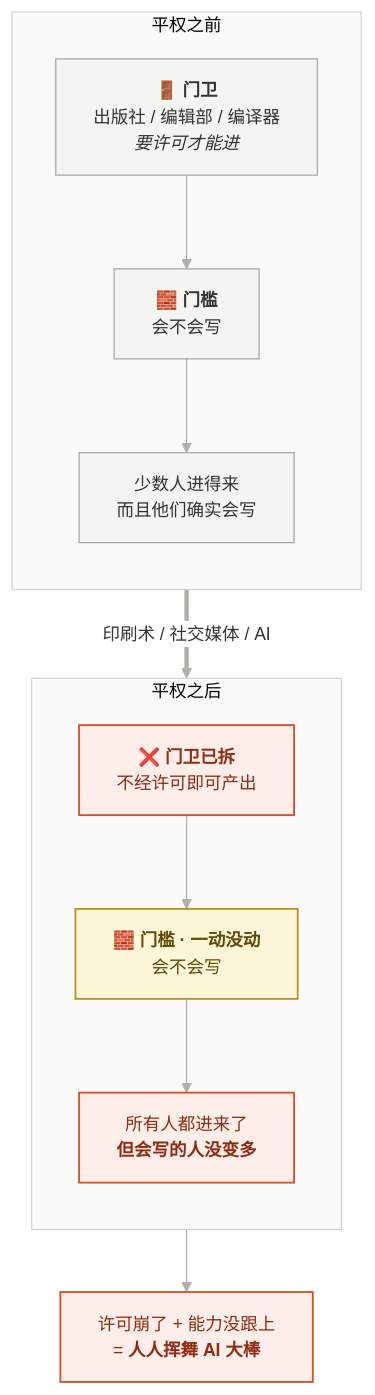
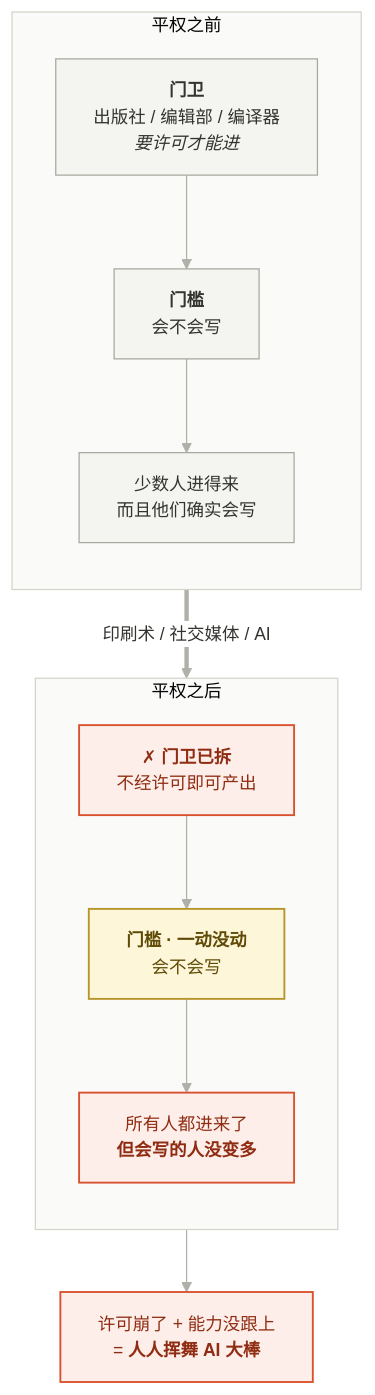
Before and after one commit to kibenwu/kibenwu.github.io: the third of 20 diagrams in _posts/2026-09-17-ai-era-where-to-go.md, drawn with Mermaid. The commit also changed other lines of this file and 2 other files, not shown here.

First line of the commit message:
posts: 去掉彩色 emoji 图标，修掉三张 quadrantChart 的语法报错

````diff
--- a/_posts/2026-09-17-ai-era-where-to-go.md
+++ b/_posts/2026-09-17-ai-era-where-to-go.md
@@ -123,30 +123,30 @@
 ```mermaid
 %%{init:{"theme":"base","themeVariables":{"background":"#ffffff","primaryColor":"#f4f4f1","primaryBorderColor":"#a8a8a0","primaryTextColor":"#33332f","secondaryColor":"#fbfbf9","tertiaryColor":"#fbfbf9","lineColor":"#b0b0a8","textColor":"#33332f","edgeLabelBackground":"#ffffff","clusterBkg":"#fafaf8","clusterBorder":"#d4d4cc","fontFamily":"-apple-system,Segoe UI,Microsoft YaHei,sans-serif","fontSize":"14px"}}}%%
 flowchart TB
     subgraph BEFORE["平权之前"]
         direction TB
-        G1["🚪 <b>门卫</b><br/>出版社 / 编辑部 / 编译器<br/><i>要许可才能进</i>"]
-        T1["🧱 <b>门槛</b><br/>会不会写"]
+        G1["<b>门卫</b><br/>出版社 / 编辑部 / 编译器<br/><i>要许可才能进</i>"]
+        T1["<b>门槛</b><br/>会不会写"]
         O1["少数人进得来<br/>而且他们确实会写"]
         G1 --> T1 --> O1
     end
 
     subgraph AFTER["平权之后"]
         direction TB
-        G2["❌ <b>门卫已拆</b><br/>不经许可即可产出"]
-        T2["🧱 <b>门槛 · 一动没动</b><br/>会不会写"]
+        G2["✗ <b>门卫已拆</b><br/>不经许可即可产出"]
+        T2["<b>门槛 · 一动没动</b><br/>会不会写"]
         O2["所有人都进来了<br/><b>但会写的人没变多</b>"]
         G2 --> T2 --> O2
     end
 
     BEFORE ==>|"印刷术 / 社交媒体 / AI"| AFTER
     O2 --> X["许可崩了 + 能力没跟上<br/>= <b>人人挥舞 AI 大棒</b>"]
 
     classDef acc fill:#fdf6d9,stroke:#b8952a,color:#5f4a06,stroke-width:1.5px
     classDef bad fill:#fdeeea,stroke:#d9522f,color:#8f2c12,stroke-width:1.5px
     classDef base fill:#f4f4f1,stroke:#a8a8a0,color:#33332f
     class G1,T1,O1 base
     class G2 bad
     class T2 acc
     class O2,X bad
 ```
````
